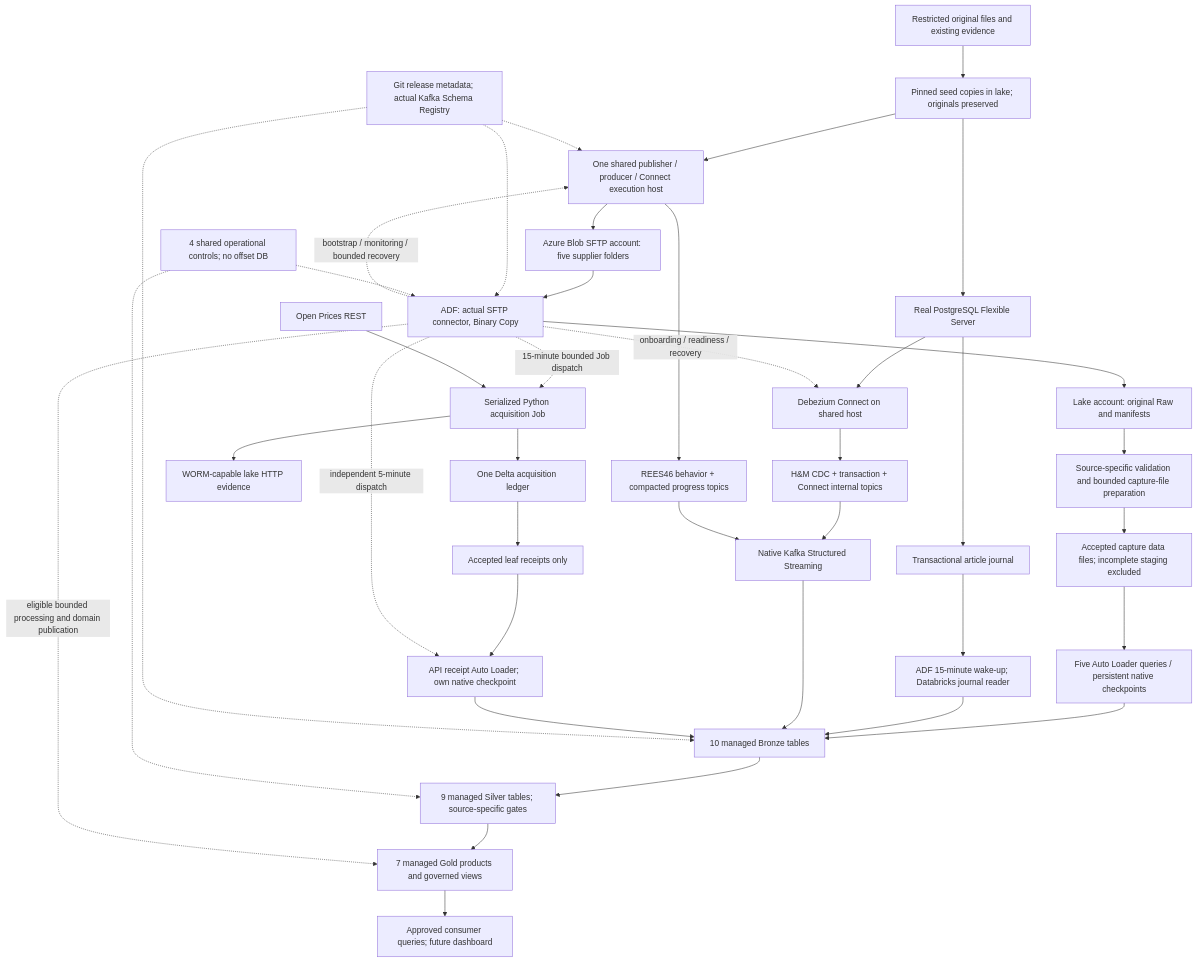
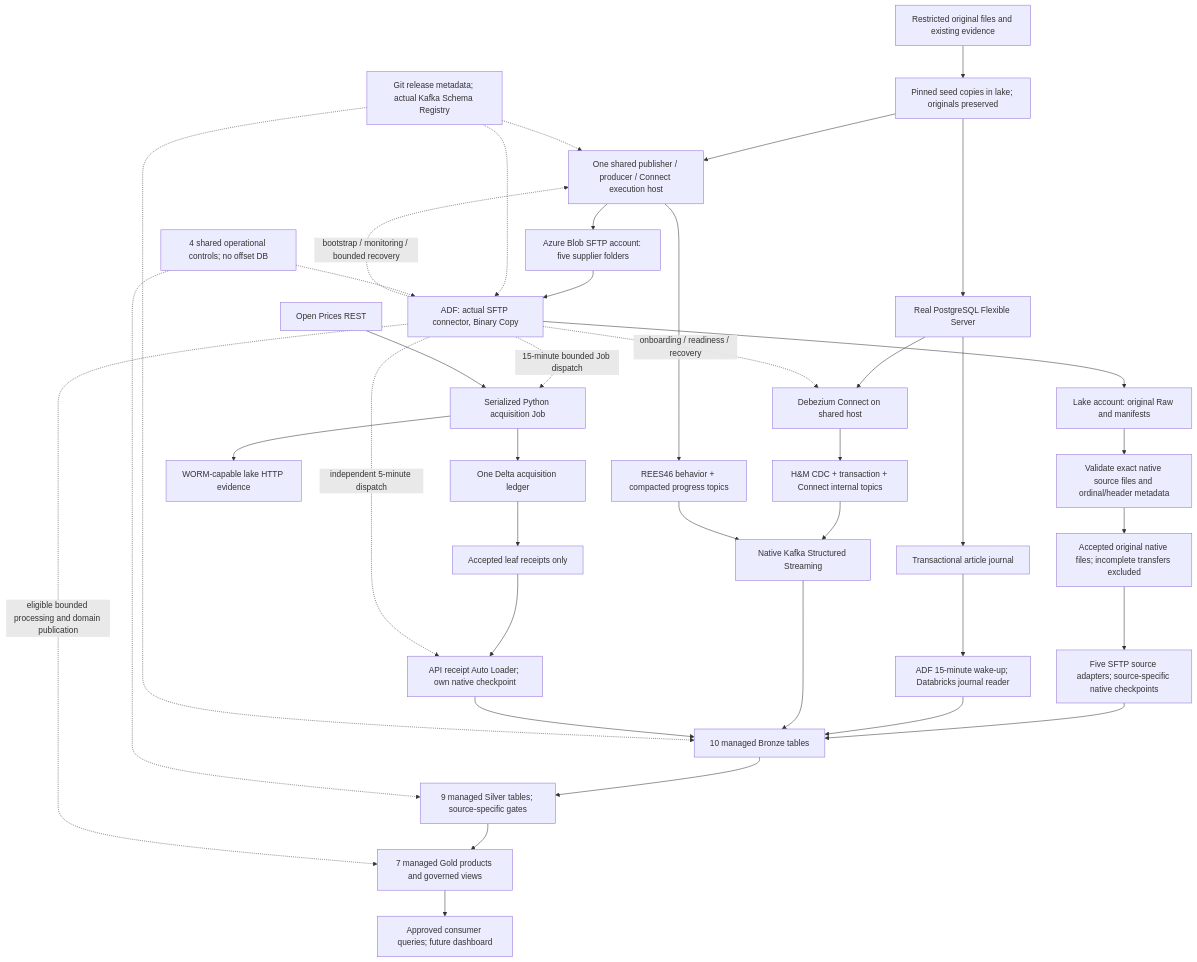
The diagram in architecture.md (harshitarav/azure-databricks-project), drawn with Mermaid before and after one commit. The commit also changed other lines of this file, not shown here.

Commit message:
docs: finalize A4.1 architecture for approval

````diff
--- a/architecture.md
+++ b/architecture.md
@@ -250,41 +260,41 @@
 ```mermaid
 flowchart TB
   Local["Restricted original files and existing evidence"] --> Seeds["Pinned seed copies in lake; originals preserved"]
   Seeds --> PG["Real PostgreSQL Flexible Server"]
   Seeds --> Host["One shared publisher / producer / Connect execution host"]
   PG --> Journal["Transactional article journal"]
   PG --> Connect["Debezium Connect on shared host"]
   Host --> Supplier["Azure Blob SFTP account: five supplier folders"]
   Supplier --> ADF["ADF: actual SFTP connector, Binary Copy"]
   ADF --> Raw["Lake account: original Raw and manifests"]
-  Raw --> Prepare["Source-specific validation and bounded capture-file preparation"]
-  Prepare --> AcceptedSFTP["Accepted capture data files; incomplete staging excluded"]
-  AcceptedSFTP --> SFTPAL["Five Auto Loader queries / persistent native checkpoints"]
+  Raw --> Prepare["Validate exact native source files and ordinal/header metadata"]
+  Prepare --> AcceptedSFTP["Accepted original native files; incomplete transfers excluded"]
+  AcceptedSFTP --> SFTPAL["Five SFTP source adapters; source-specific native checkpoints"]
   Journal --> Articles["ADF 15-minute wake-up; Databricks journal reader"]
   Connect --> HMTopics["H&M CDC + transaction + Connect internal topics"]
   Host --> REESTopics["REES46 behavior + compacted progress topics"]
   HMTopics --> Native["Native Kafka Structured Streaming"]
   REESTopics --> Native
   ADF -.->|15-minute bounded Job dispatch| Python["Serialized Python acquisition Job"]
   REST["Open Prices REST"] --> Python
   Python --> Evidence["WORM-capable lake HTTP evidence"]
   Python --> Ledger["One Delta acquisition ledger"]
   Ledger --> Receipts["Accepted leaf receipts only"]
   Receipts --> AL["API receipt Auto Loader; own native checkpoint"]
   ADF -.->|independent 5-minute dispatch| AL
   SFTPAL --> Bronze["10 managed Bronze tables"]
   Articles --> Bronze
   Native --> Bronze
   AL --> Bronze
   Bronze --> Silver["9 managed Silver tables; source-specific gates"]
   Silver --> Gold["7 managed Gold products and governed views"]
   Gold --> Consumers["Approved consumer queries; future dashboard"]
   Registry["Git release metadata; actual Kafka Schema Registry"] -.-> Host
   Registry -.-> ADF
   Registry -.-> Bronze
   ADF -.->|onboarding / readiness / recovery| Connect
   ADF -.->|bootstrap / monitoring / bounded recovery| Host
   ADF -.->|eligible bounded processing and domain publication| Gold
   Control["4 shared operational controls; no offset DB"] -.-> ADF
   Control -.-> Silver
 ```
````
